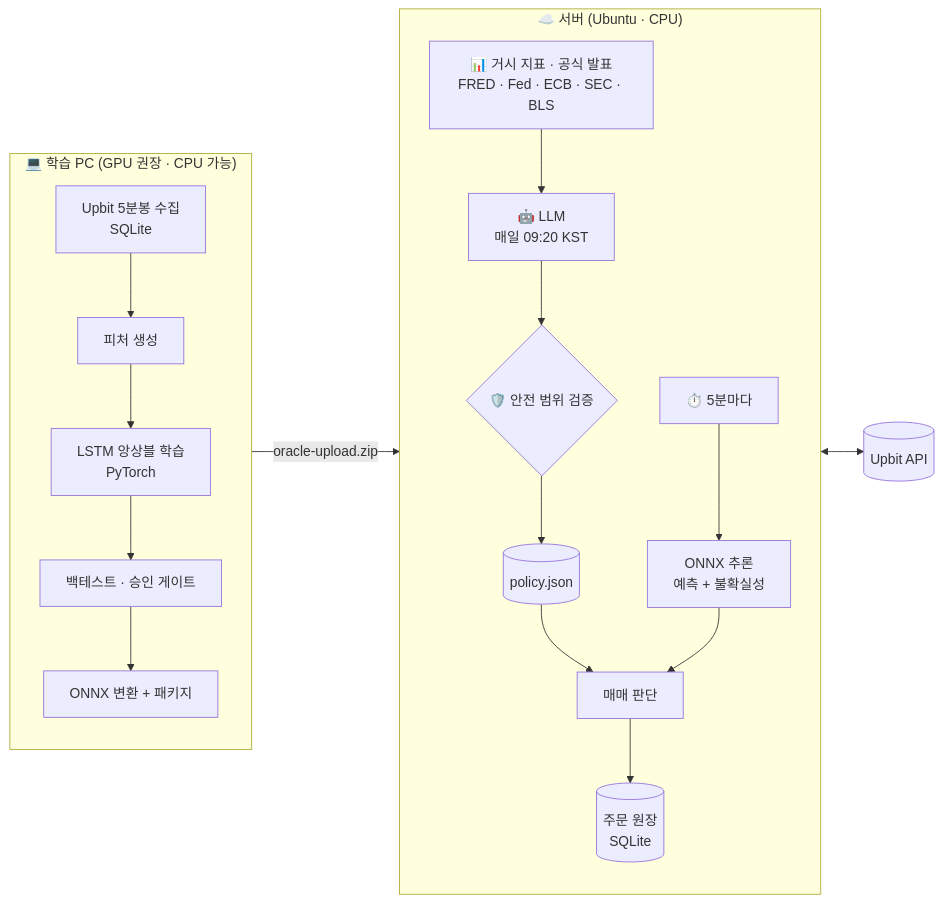
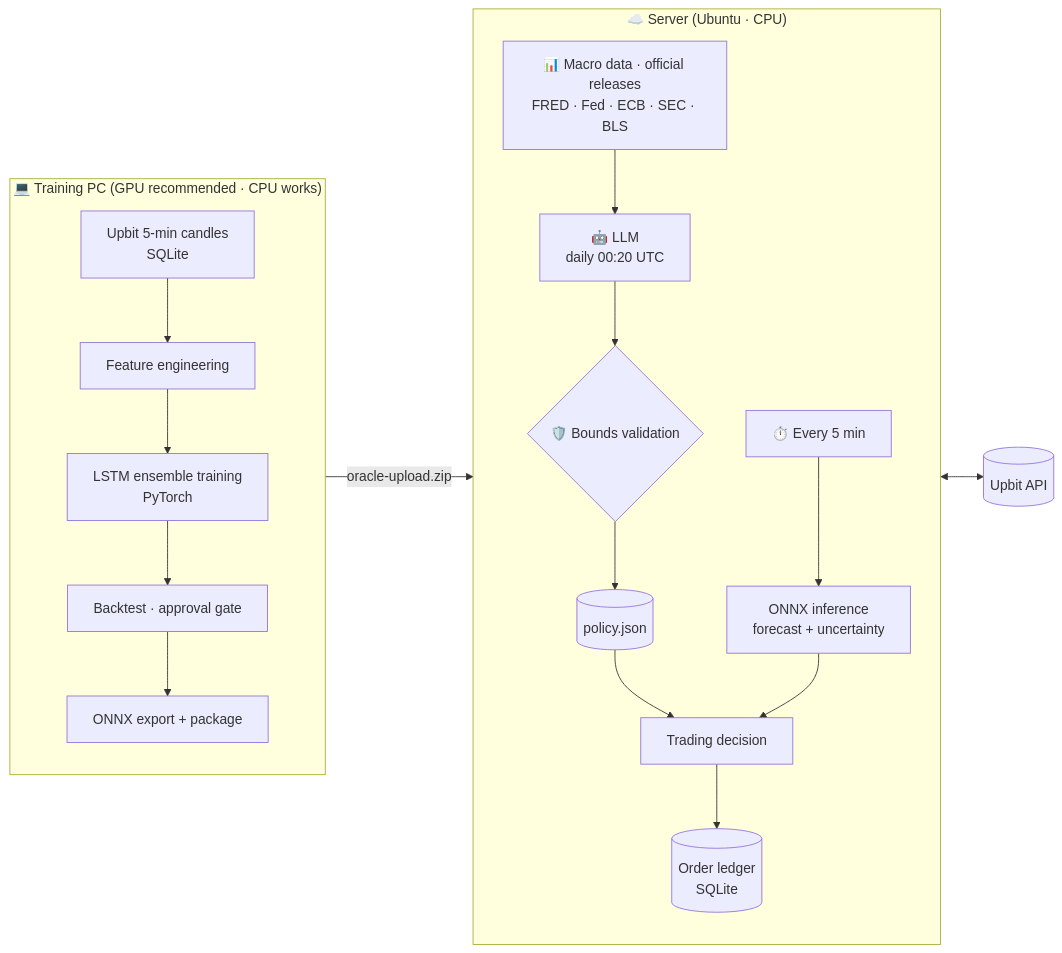
The diagram in README.md (rottenbutcher/upbit-lstm-trader), drawn with Mermaid before and after one commit. The commit also changed other lines of this file, not shown here.

````diff
--- a/README.md
+++ b/README.md
@@ -93,24 +93,24 @@
 ```mermaid
 flowchart LR
-    subgraph PC["💻 학습 PC (GPU 권장 · CPU 가능)"]
+    subgraph PC["💻 Training PC (GPU recommended · CPU works)"]
         direction TB
-        A[Upbit 5분봉 수집<br/>SQLite] --> B[피처 생성]
-        B --> C[LSTM 앙상블 학습<br/>PyTorch]
-        C --> D[백테스트 · 승인 게이트]
-        D --> E[ONNX 변환 + 패키지]
+        A[Upbit 5-min candles<br/>SQLite] --> B[Feature engineering]
+        B --> C[LSTM ensemble training<br/>PyTorch]
+        C --> D[Backtest · approval gate]
+        D --> E[ONNX export + package]
     end
 
-    subgraph SRV["☁️ 서버 (Ubuntu · CPU)"]
+    subgraph SRV["☁️ Server (Ubuntu · CPU)"]
         direction TB
-        F[📊 거시 지표 · 공식 발표<br/>FRED · Fed · ECB · SEC · BLS] --> G[🤖 LLM<br/>매일 09:20 KST]
-        G --> H{🛡️ 안전 범위 검증}
+        F[📊 Macro data · official releases<br/>FRED · Fed · ECB · SEC · BLS] --> G[🤖 LLM<br/>daily 00:20 UTC]
+        G --> H{🛡️ Bounds validation}
         H --> I[(policy.json)]
-        J[⏱️ 5분마다] --> K[ONNX 추론<br/>예측 + 불확실성]
-        I --> L[매매 판단]
+        J[⏱️ Every 5 min] --> K[ONNX inference<br/>forecast + uncertainty]
+        I --> L[Trading decision]
         K --> L
-        L --> M[(주문 원장<br/>SQLite)]
+        L --> M[(Order ledger<br/>SQLite)]
     end
 
     E -- oracle-upload.zip --> K
     L <--> N[(Upbit API)]
 ```
````
